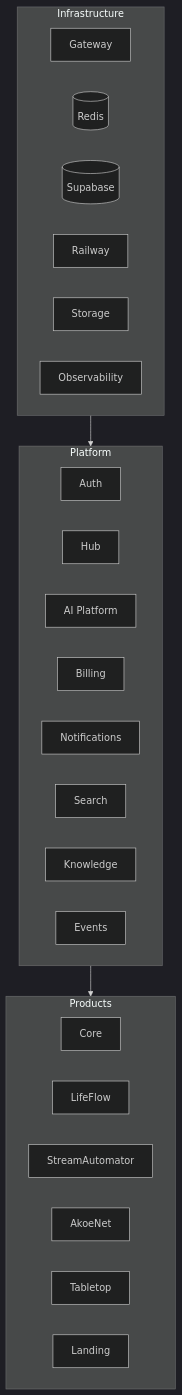
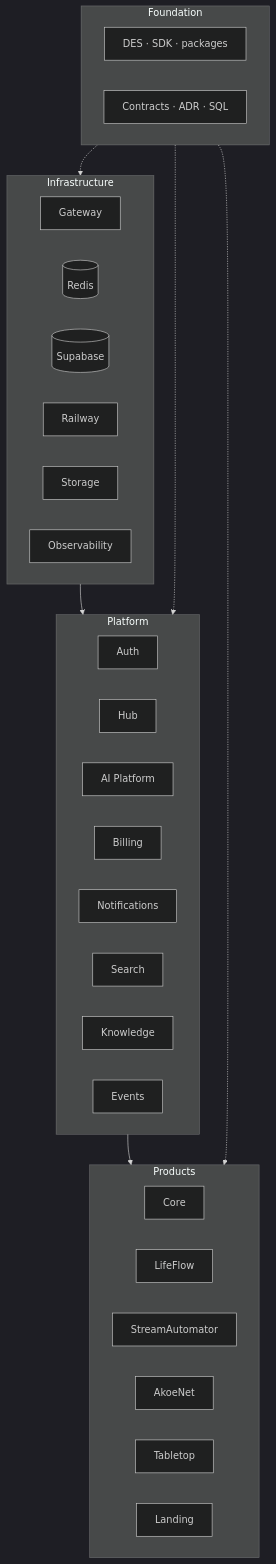
One commit to dakinissystems/dakinis-systems changed the diagram in docs/ARCHITECTURE.md. Above: the diagram before and after it, drawn with Mermaid (dark theme). The commit also changed other lines of this file and 17 other files, not shown here.

````diff
--- a/docs/ARCHITECTURE.md
+++ b/docs/ARCHITECTURE.md
@@ -12,34 +16,42 @@
 ```mermaid
 flowchart TB
+  subgraph foundation [Foundation]
+    DES[DES · SDK · packages]
+    CTR[Contracts · ADR · SQL]
+  end
+
   subgraph infra [Infrastructure]
     GW[Gateway]
     REDIS[(Redis)]
     SB[(Supabase)]
     RAIL[Railway]
     STOR[Storage]
     OBS[Observability]
   end
 
   subgraph platform [Platform]
     AUTH[Auth]
     HUB[Hub]
     AI[AI Platform]
     BILL[Billing]
     NOTIF[Notifications]
     SRCH[Search]
     KNOW[Knowledge]
     EVT[Events]
   end
 
   subgraph products [Products]
     CORE[Core]
     LF[LifeFlow]
     SA[StreamAutomator]
     AN[AkoeNet]
     TT[Tabletop]
     LAND[Landing]
   end
 
   infra --> platform
   platform --> products
+  foundation -.-> infra
+  foundation -.-> platform
+  foundation -.-> products
 ```
````
